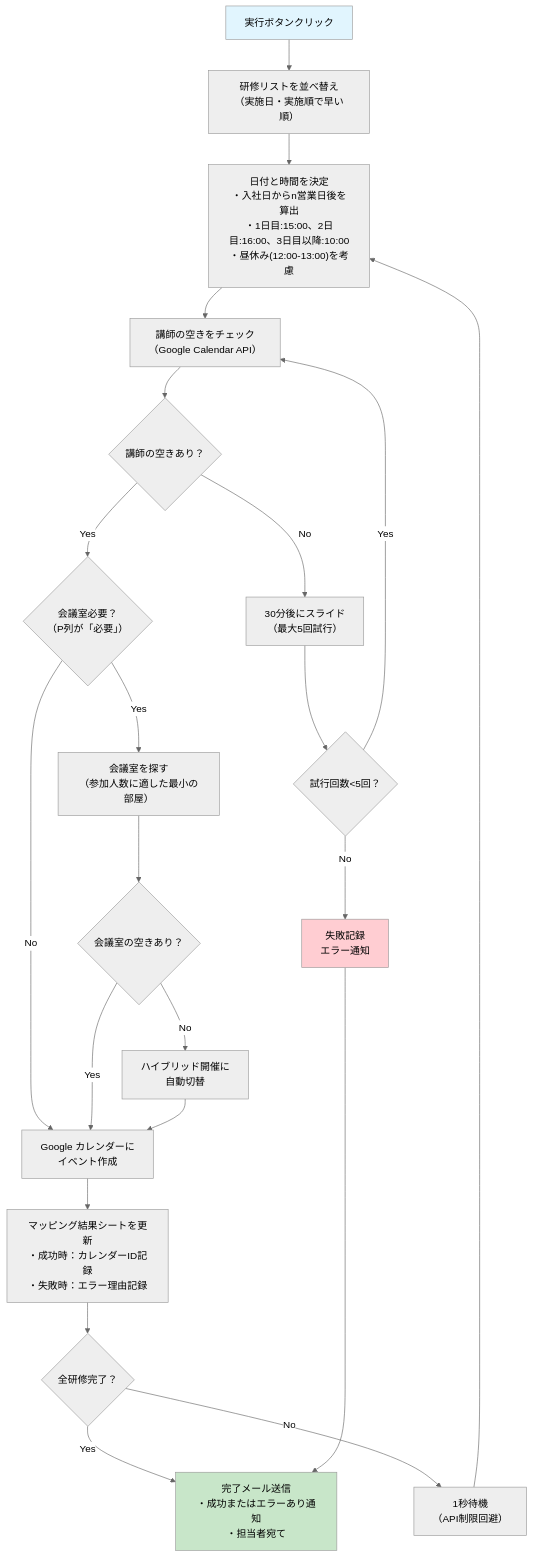
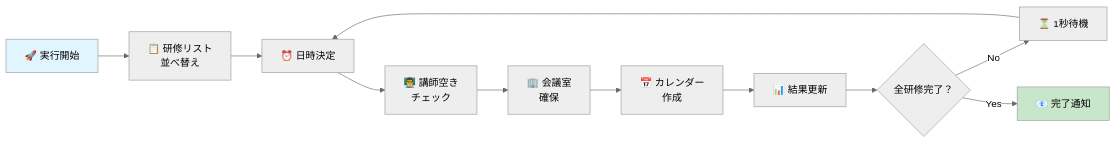
Diagram 11 of 13 in gas_calendar_automation.md (YutaImai-FLUX/flux_onb_automate), drawn with Mermaid (neutral theme) before and after one commit. The commit also changed other lines of this file, not shown here.

Commit message:
フローチャート改善: 縦長チャートを3つの横向きフローに分割 - メイン処理フローを横向きに変更し視認性向上 - エラーハンドリングフローを独立して明確化 - 会議室管理フローを分離して理解しやすく - 絵文字アイコンで各ステップを視覚的に強化

````diff
--- a/gas_calendar_automation.md
+++ b/gas_calendar_automation.md
@@ -738,28 +739,16 @@
 ```mermaid
-flowchart TD
-    A["実行ボタンクリック"] --> B["研修リストを並べ替え<br/>（実施日・実施順で早い順）"]
-    B --> C["日付と時間を決定<br/>・入社日からn営業日後を算出<br/>・1日目:15:00、2日目:16:00、3日目以降:10:00<br/>・昼休み(12:00-13:00)を考慮"]
-    C --> D["講師の空きをチェック<br/>（Google Calendar API）"]
-    D --> E{講師の空きあり？}
-    E -->|No| F["30分後にスライド<br/>（最大5回試行）"]
-    F --> G{試行回数<5回？}
-    G -->|Yes| D
-    G -->|No| H["失敗記録<br/>エラー通知"]
-    E -->|Yes| I{会議室必要？<br/>（P列が「必要」）}
-    I -->|No| M["Google カレンダーに<br/>イベント作成"]
-    I -->|Yes| J["会議室を探す<br/>（参加人数に適した最小の部屋）"]
-    J --> K{会議室の空きあり？}
-    K -->|No| L["ハイブリッド開催に<br/>自動切替"]
-    K -->|Yes| M
-    L --> M
-    M --> N["マッピング結果シートを更新<br/>・成功時：カレンダーID記録<br/>・失敗時：エラー理由記録"]
-    N --> O{全研修完了？}
-    O -->|No| P["1秒待機<br/>（API制限回避）"]
-    P --> C
-    O -->|Yes| Q["完了メール送信<br/>・成功またはエラーあり通知<br/>・担当者宛て"]
-    H --> Q
+flowchart LR
+    A["🚀 実行開始"] --> B["📋 研修リスト<br/>並べ替え"]
+    B --> C["⏰ 日時決定"]
+    C --> D["👨‍🏫 講師空き<br/>チェック"]
+    D --> E["🏢 会議室<br/>確保"]
+    E --> F["📅 カレンダー<br/>作成"]
+    F --> G["📊 結果更新"]
+    G --> H{全研修完了？}
+    H -->|No| I["⏳ 1秒待機"]
+    I --> C
+    H -->|Yes| J["📧 完了通知"]
     
     style A fill:#e1f5fe
-    style Q fill:#c8e6c9
-    style H fill:#ffcdd2
+    style J fill:#c8e6c9
 ```
````
